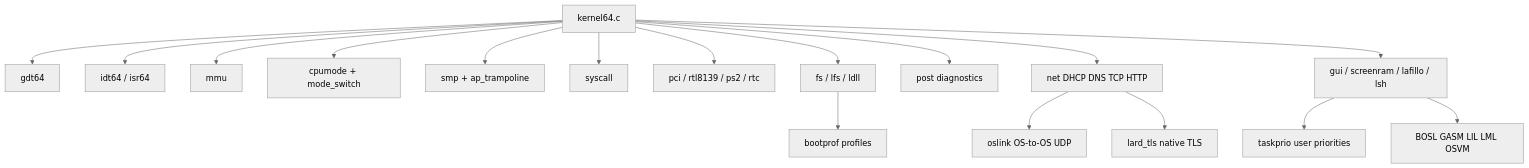
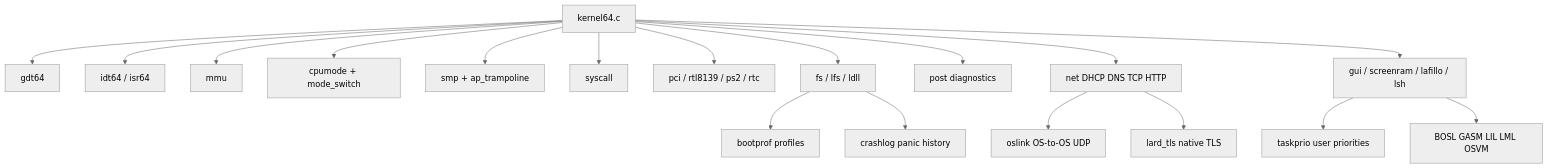
Before and after one commit to jgchoimd-web/lardos: the second of 4 diagrams in os/ARCHITECTURE.md, drawn with Mermaid (neutral theme). The commit also changed other lines of this file and 12 other files, not shown here.

Commit message:
Add crash log

````diff
--- a/os/ARCHITECTURE.md
+++ b/os/ARCHITECTURE.md
@@ -49,37 +49,39 @@
 ```mermaid
 flowchart TB
     Kmain["kernel64.c"]
     GDT["gdt64"]
     IDT["idt64 / isr64"]
     MMU["mmu"]
     CpuMode["cpumode + mode_switch"]
     SMP["smp + ap_trampoline"]
     Syscall["syscall"]
     Drivers["pci / rtl8139 / ps2 / rtc"]
     Storage["fs / lfs / ldll"]
     POST["post diagnostics"]
     Net["net DHCP DNS TCP HTTP"]
     OSLink["oslink OS-to-OS UDP"]
     TaskPrio["taskprio user priorities"]
     BootProf["bootprof profiles"]
+    CrashLog["crashlog panic history"]
     TLS["lard_tls native TLS"]
     GUI["gui / screenram / lafillo / lsh"]
     VM["BOSL GASM LIL LML OSVM"]
 
     Kmain --> GDT
     Kmain --> IDT
     Kmain --> MMU
     Kmain --> CpuMode
     Kmain --> SMP
     Kmain --> Syscall
     Kmain --> Drivers
     Kmain --> Storage
     Storage --> BootProf
+    Storage --> CrashLog
     Kmain --> POST
     Kmain --> Net
     Net --> OSLink
     Net --> TLS
     Kmain --> GUI
     GUI --> TaskPrio
     GUI --> VM
 ```
````
